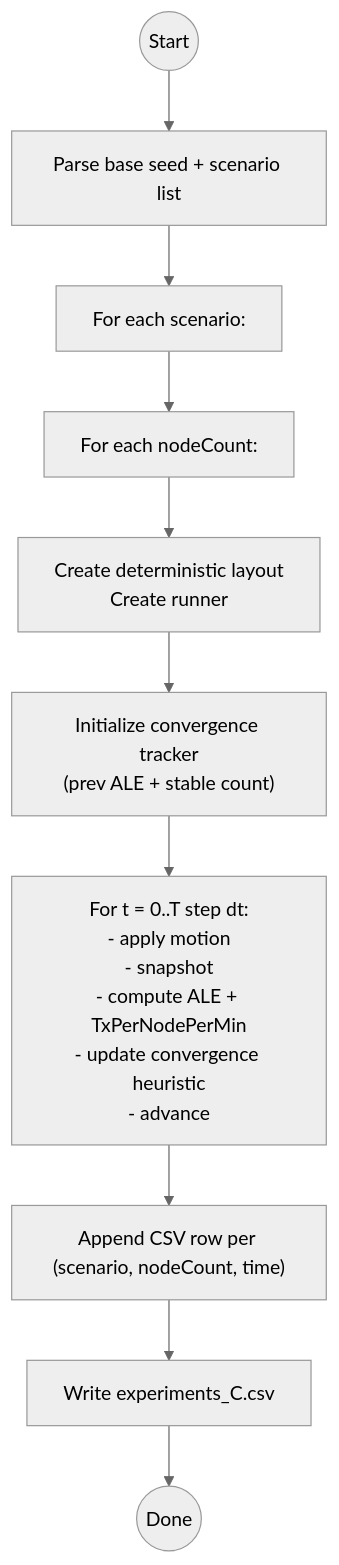
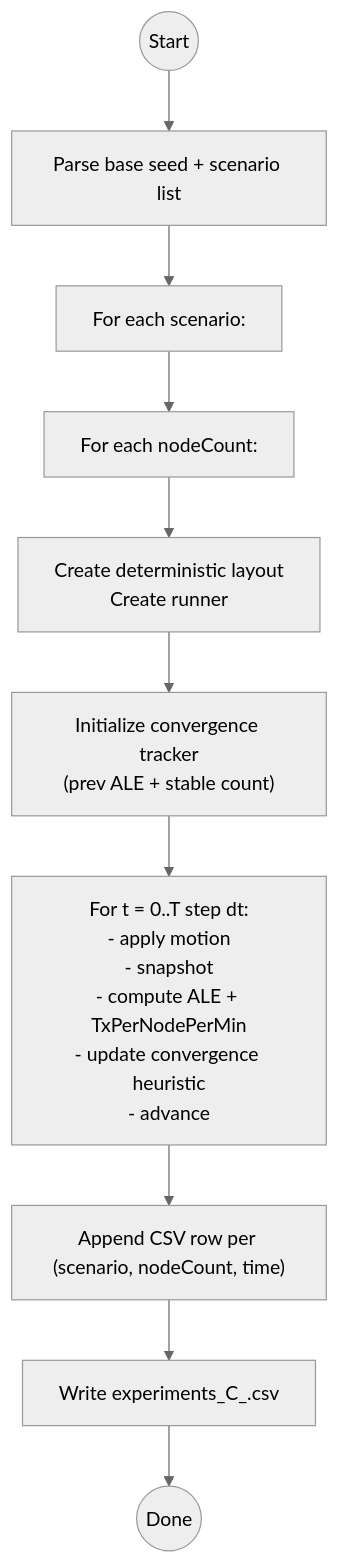
Before and after one commit to ChickenSalsahub/ICUM-SIM: the third of 5 diagrams in src/experiments/README.md, drawn with Mermaid (neutral theme). The commit also changed other lines of this file and 5 other files, not shown here.

````diff
--- a/src/experiments/README.md
+++ b/src/experiments/README.md
@@ -137,12 +142,12 @@
 ```mermaid
 flowchart TD
   C0(("Start")) --> C1["Parse base seed + scenario list"]
   C1 --> C2["For each scenario:"]
   C2 --> C3["For each nodeCount:"]
   C3 --> C4["Create deterministic layout\nCreate runner"]
   C4 --> C5["Initialize convergence tracker\n(prev ALE + stable count)"]
   C5 --> C6["For t = 0..T step dt:\n- apply motion\n- snapshot\n- compute ALE + TxPerNodePerMin\n- update convergence heuristic\n- advance"]
   C6 --> C7["Append CSV row per (scenario, nodeCount, time)"]
-  C7 --> C8["Write experiments_C.csv"]
+  C7 --> C8["Write experiments_C_<scenario>.csv"]
   C8 --> C9(("Done"))
 ```
````
